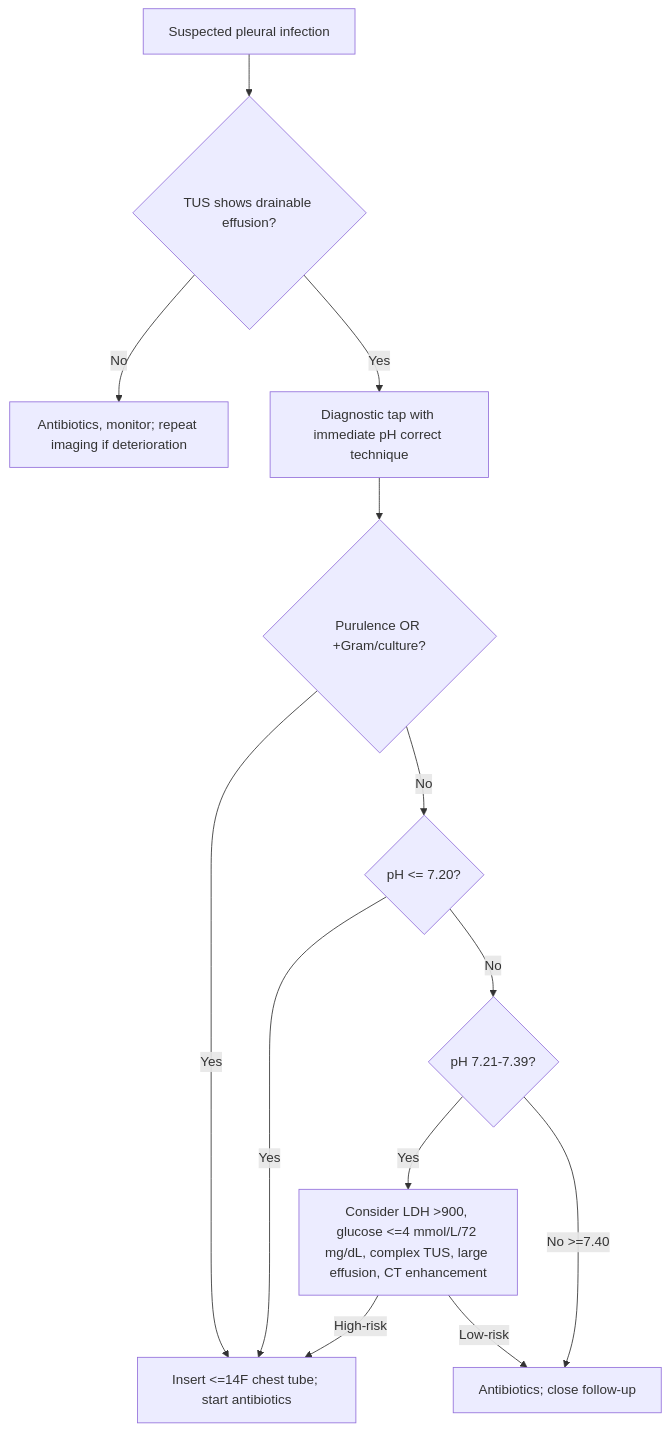
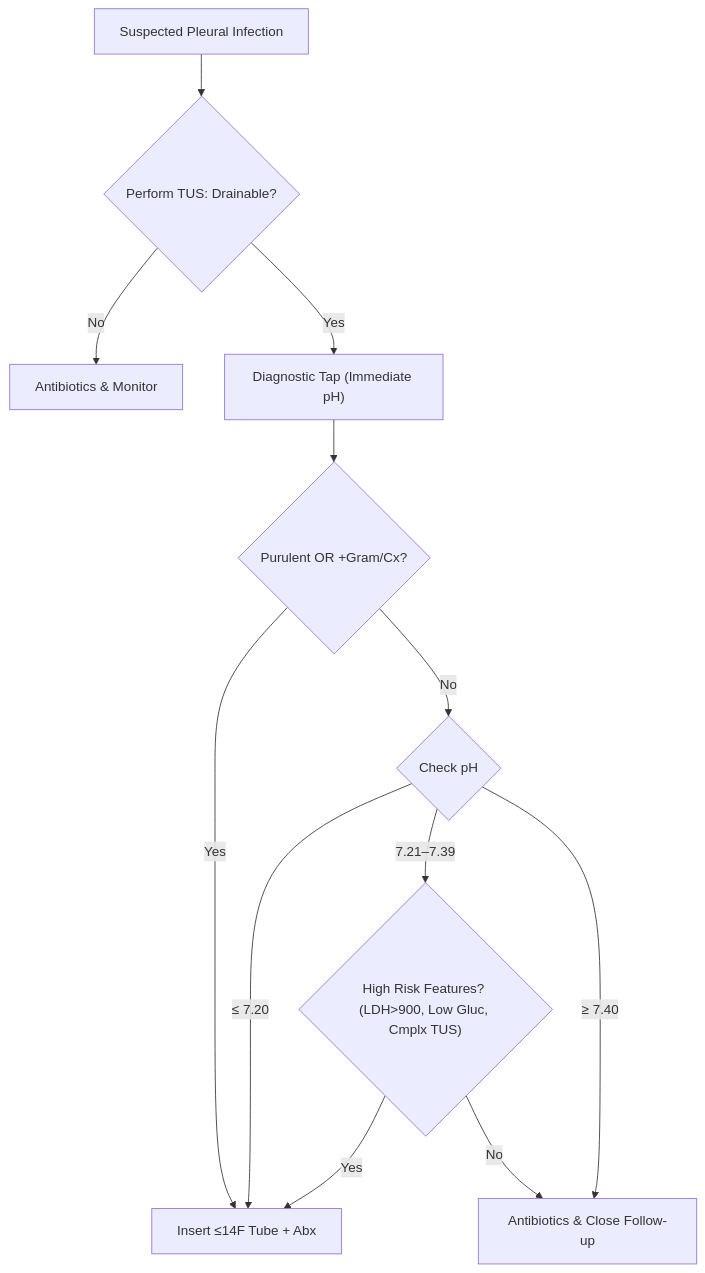
The first of 2 diagrams in content/modules/board/pleural-infections.mdx (russellmiller49/Interventional-Pulm-Education-Project), drawn with Mermaid before and after one commit. The commit also changed other lines of this file and 45 other files, not shown here.

````diff
--- a/content/modules/board/pleural-infections.mdx
+++ b/content/modules/board/pleural-infections.mdx
@@ -136,15 +100,14 @@
 ```mermaid
-flowchart TD
-A[Suspected pleural infection] --> B{TUS shows drainable effusion?}
-B -->|No| A1[Antibiotics, monitor; repeat imaging if deterioration]
-B -->|Yes| C[Diagnostic tap with immediate pH correct technique]
-C --> D{Purulence OR +Gram/culture?}
-D -->|Yes| E[Insert &lt;=14F chest tube; start antibiotics]
-D -->|No| F{pH &lt;= 7.20?}
-F -->|Yes| E
-F -->|No| G{pH 7.21-7.39?}
-G -->|Yes| H[Consider LDH &gt;900, glucose &lt;=4 mmol/L/72 mg/dL, complex TUS, large effusion, CT enhancement]
-H -->|High-risk| E
-H -->|Low-risk| I[Antibiotics; close follow-up]
-G -->|No &gt;=7.40| I
+graph TD
+        A["Suspected Pleural Infection"] --> B{"Perform TUS: Drainable?"}
+        B -- "No" --> C["Antibiotics & Monitor"]
+        B -- "Yes" --> D["Diagnostic Tap (Immediate pH)"]
+        D --> E{"Purulent OR +Gram/Cx?"}
+        E -- "Yes" --> F["Insert ≤14F Tube + Abx"]
+        E -- "No" --> G{"Check pH"}
+        G -- "≤ 7.20" --> F
+        G -- "7.21–7.39" --> H{"High Risk Features? (LDH>900, Low Gluc, Cmplx TUS)"}
+        H -- "Yes" --> F
+        H -- "No" --> I["Antibiotics & Close Follow-up"]
+        G -- "≥ 7.40" --> I
 ```
````
